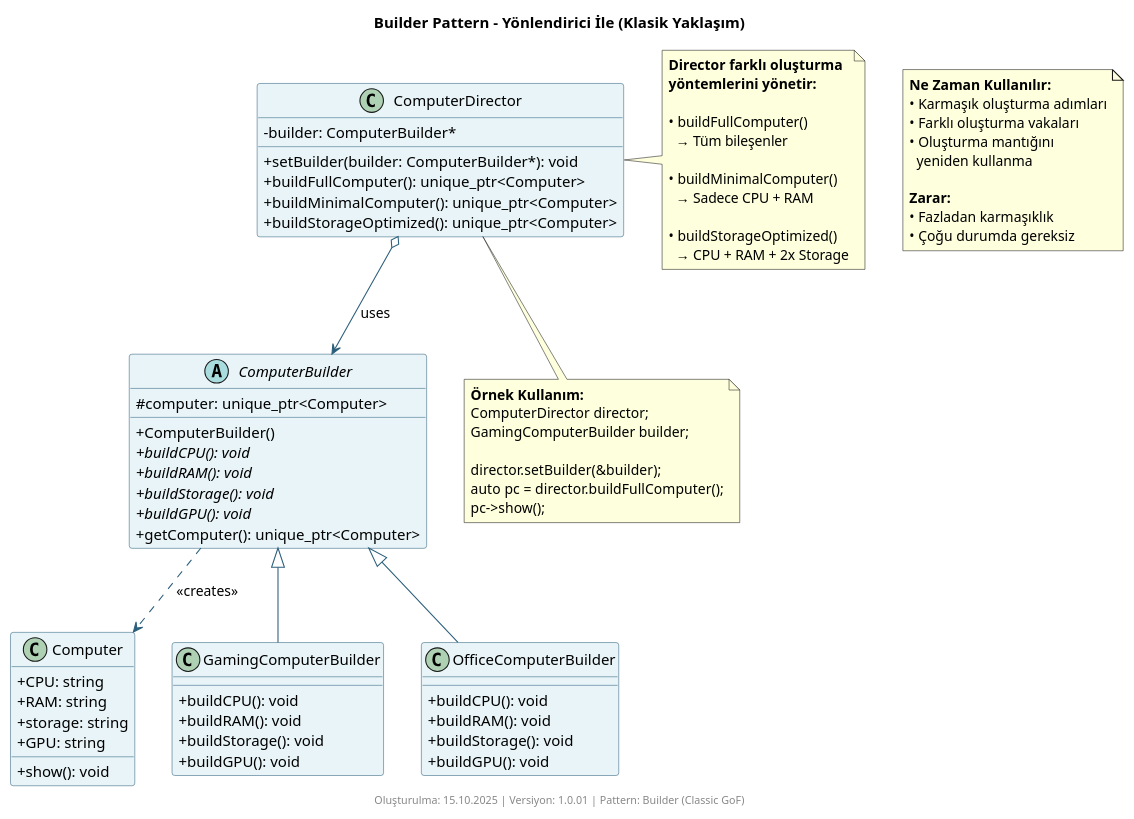
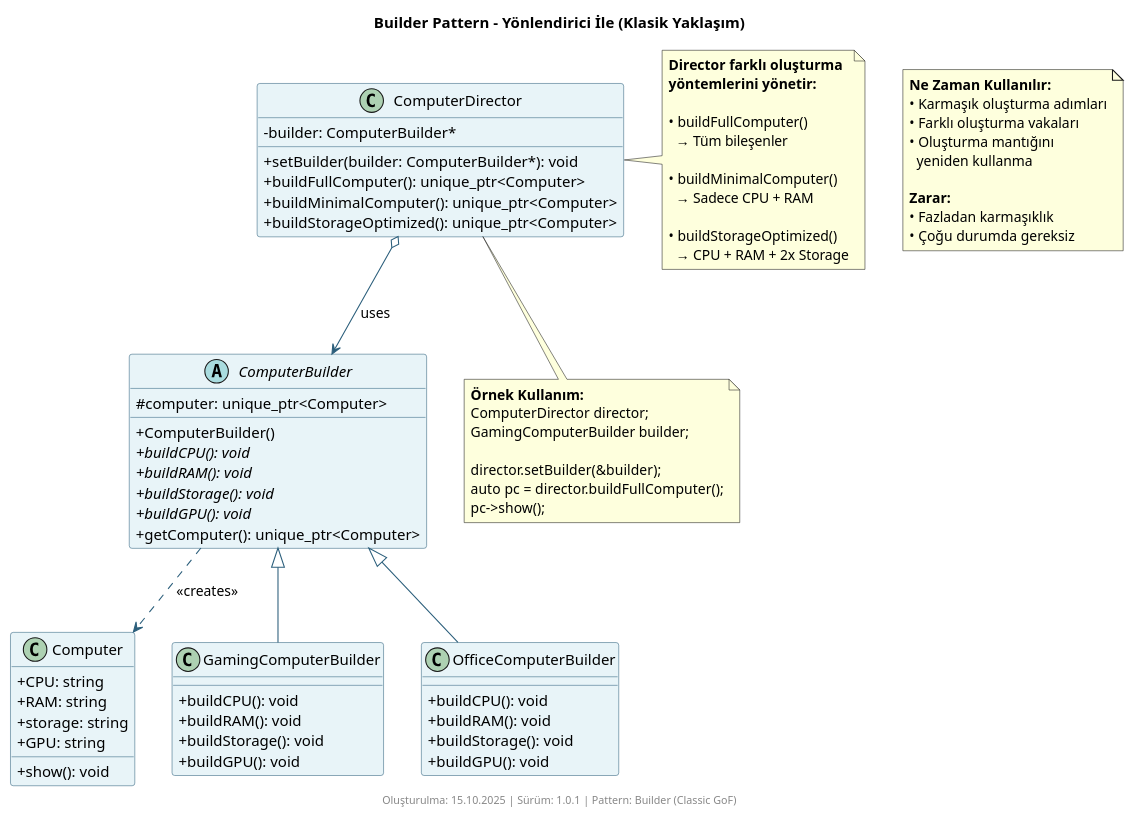
Before and after one commit to kaayra2000/tasarim_kaliplari: the diagram in creational/builder/classic_computer/diagram.puml, drawn with PlantUML. The commit also changed 3 other files, not shown here.

```diff
--- a/creational/builder/classic_computer/diagram.puml
+++ b/creational/builder/classic_computer/diagram.puml
@@ -1,107 +1,107 @@
 @startuml builder-with-director
 /'
  * @file builder-with-director.puml
  * @brief Builder Pattern - Yönlendirici ile klasik yaklaşım
  * @author AI Assistant
  * @date 15.10.2025
  * @version 1.0
  *
  * @description Bu diyagram Builder pattern'in Yönlendirici sınıfı ile
  *              klasik GoF implementasyonunu gösterir. Yönlendirici
  *              farklı construction stratejilerini yönetir.
  '/
 
 title Builder Pattern - Yönlendirici İle (Klasik Yaklaşım)
 
 skinparam classAttributeIconSize 0
 skinparam backgroundColor #FFFFFF
 skinparam shadowing false
 
 skinparam class {
     BackgroundColor #E8F4F8
     BorderColor #2C5F7C
     ArrowColor #2C5F7C
 }
 
 ' Product sınıfı
 class Computer {
     +CPU: string
     +RAM: string
     +storage: string
     +GPU: string
     __
     +show(): void
 }
 
 ' Abstract Builder
 abstract class ComputerBuilder {
     #computer: unique_ptr<Computer>
     __
     +ComputerBuilder()
     +{abstract} buildCPU(): void
     +{abstract} buildRAM(): void
     +{abstract} buildStorage(): void
     +{abstract} buildGPU(): void
     +getComputer(): unique_ptr<Computer>
 }
 
 ' Concrete Builders
 class GamingComputerBuilder {
     +buildCPU(): void
     +buildRAM(): void
     +buildStorage(): void
     +buildGPU(): void
 }
 
 class OfficeComputerBuilder {
     +buildCPU(): void
     +buildRAM(): void
     +buildStorage(): void
     +buildGPU(): void
 }
 
 ' Director sınıfı
 class ComputerDirector {
     -builder: ComputerBuilder*
     __
     +setBuilder(builder: ComputerBuilder*): void
     +buildFullComputer(): unique_ptr<Computer>
     +buildMinimalComputer(): unique_ptr<Computer>
     +buildStorageOptimized(): unique_ptr<Computer>
 }
 
 ' İlişkiler
 ComputerBuilder ..> Computer : <<creates>>
 ComputerBuilder <|-- GamingComputerBuilder
 ComputerBuilder <|-- OfficeComputerBuilder
 ComputerDirector o--> ComputerBuilder : uses
 
 note right of ComputerDirector
   **Director farklı oluşturma**
   **yöntemlerini yönetir:**
   
   • buildFullComputer()
     → Tüm bileşenler
   
   • buildMinimalComputer()
     → Sadece CPU + RAM
   
   • buildStorageOptimized()
     → CPU + RAM + 2x Storage
 end note
 
 note bottom of ComputerDirector
   **Örnek Kullanım:**
   ComputerDirector director;
   GamingComputerBuilder builder;
   
   director.setBuilder(&builder);
   auto pc = director.buildFullComputer();
   pc->show();
 end note
 
 note "**Ne Zaman Kullanılır:**\n• Karmaşık oluşturma adımları\n• Farklı oluşturma vakaları\n• Oluşturma mantığını\n  yeniden kullanma\n\n**Zarar:**\n• Fazladan karmaşıklık\n• Çoğu durumda gereksiz" as N1
 
-footer Oluşturulma: 15.10.2025 | Versiyon: 1.0.01 | Pattern: Builder (Classic GoF)
+footer Oluşturulma: 15.10.2025 | Sürüm: 1.0.1 | Pattern: Builder (Classic GoF)
 
 @enduml
```
